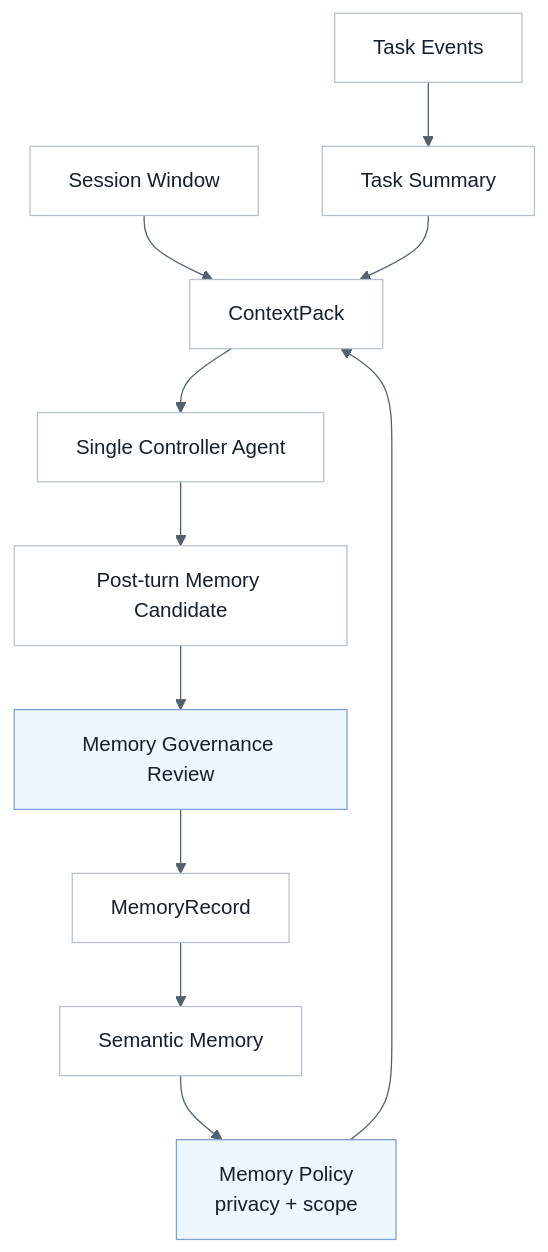
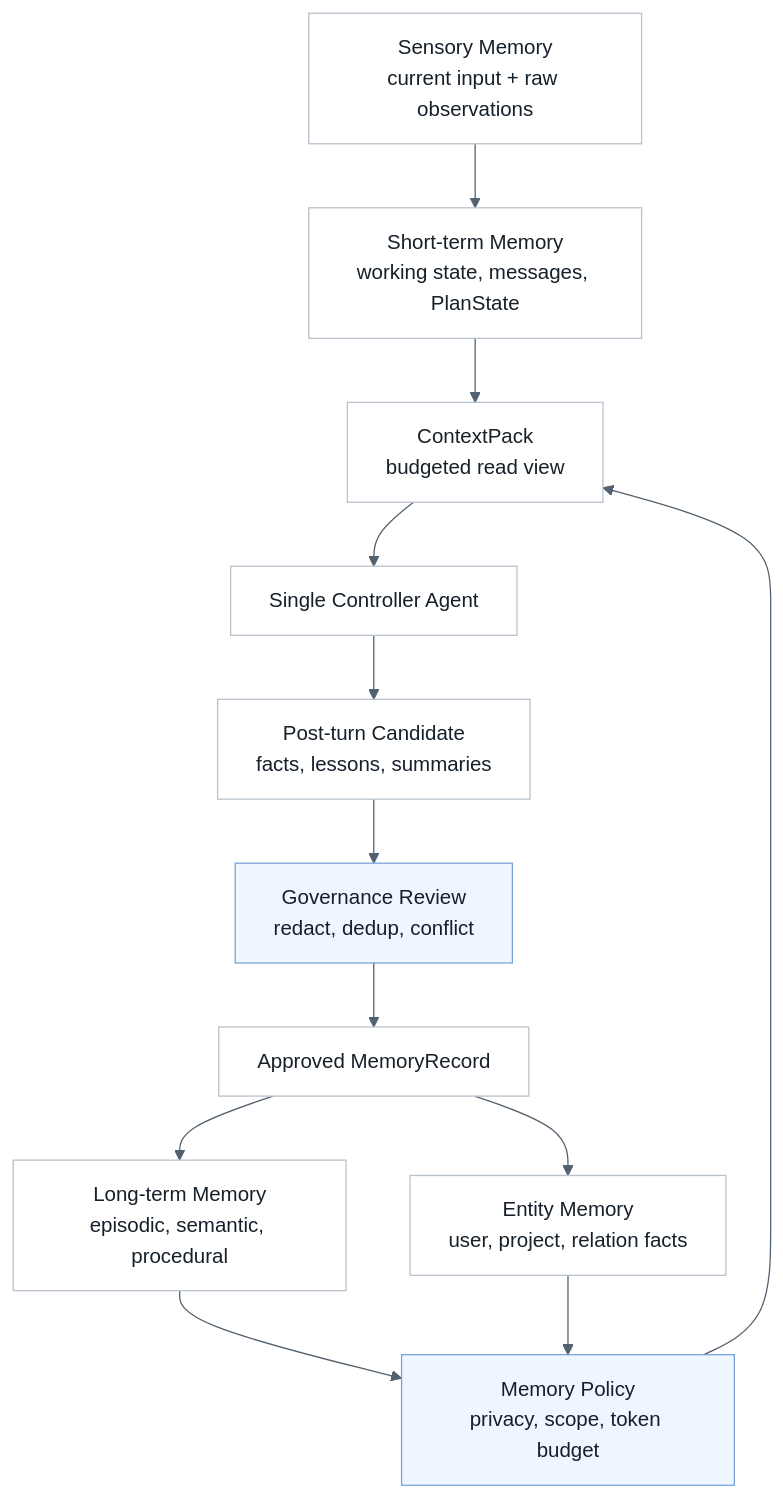
One commit to ProfessorZhi/Zuno changed the second of 16 diagrams in .agent/architecture/architecture.md. Above: the diagram before and after it, drawn with Mermaid. The commit also changed other lines of this file and 19 other files, not shown here.

Commit message:
Harden architecture contracts and offline atlas

````diff
--- a/.agent/architecture/architecture.md
+++ b/.agent/architecture/architecture.md
@@ -561,26 +589,28 @@
 ```mermaid
 %%{init: {"theme": "base", "themeVariables": {"background": "#f7f8fb", "lineColor": "#52616f"}}}%%
 flowchart TB
   classDef node fill:#ffffff,stroke:#b8c2cc,stroke-width:1px,color:#16202a;
   classDef gate fill:#eef6ff,stroke:#7aa2d8,stroke-width:1px,color:#16202a;
 
-  Session["Session Window"]
-  Task["Task Events"]
-  Summary["Task Summary"]
-  Semantic["Semantic Memory"]
-  Policy["Memory Policy<br/>privacy + scope"]
-  Context["ContextPack"]
+  Sensory["Sensory Memory<br/>current input + raw observations"]
+  Short["Short-term Memory<br/>working state, messages, PlanState"]
+  Long["Long-term Memory<br/>episodic, semantic, procedural"]
+  Entity["Entity Memory<br/>user, project, relation facts"]
+  Policy["Memory Policy<br/>privacy, scope, token budget"]
+  Context["ContextPack<br/>budgeted read view"]
   Agent["Single Controller Agent"]
-  Candidate["Post-turn Memory Candidate"]
-  Review["Memory Governance Review"]
-  Store["MemoryRecord"]
+  Candidate["Post-turn Candidate<br/>facts, lessons, summaries"]
+  Review["Governance Review<br/>redact, dedup, conflict"]
+  Store["Approved MemoryRecord"]
 
-  Session --> Context
-  Task --> Summary --> Context
-  Semantic --> Policy --> Context
+  Sensory --> Short --> Context
+  Long --> Policy --> Context
+  Entity --> Policy
   Context --> Agent
-  Agent --> Candidate --> Review --> Store --> Semantic
+  Agent --> Candidate --> Review --> Store
+  Store --> Long
+  Store --> Entity
 
-  class Session,Task,Summary,Semantic,Context,Agent,Candidate,Store node;
+  class Sensory,Short,Long,Entity,Context,Agent,Candidate,Store node;
   class Policy,Review gate;
 ```
````
